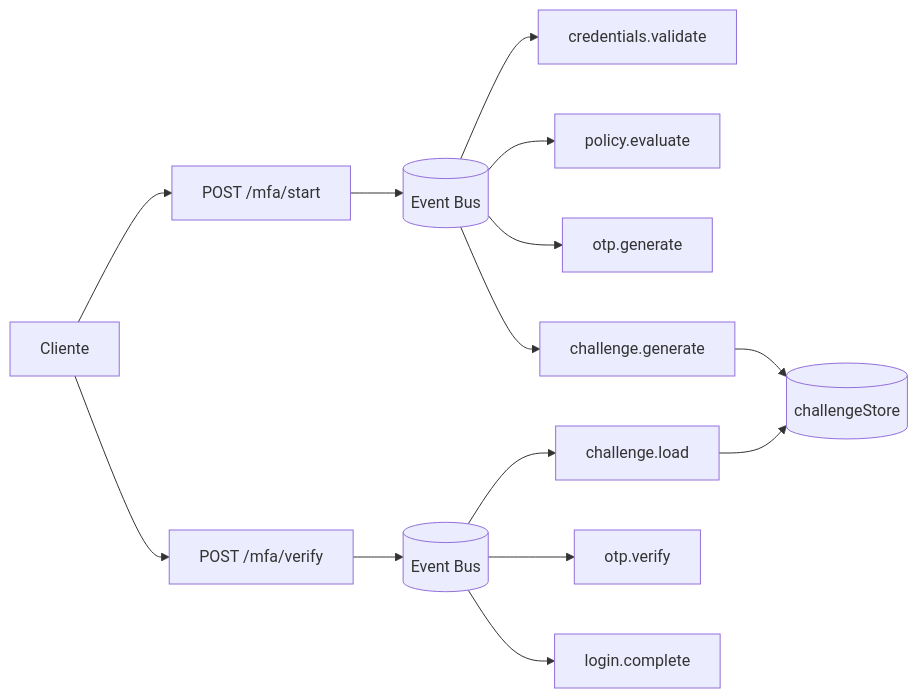
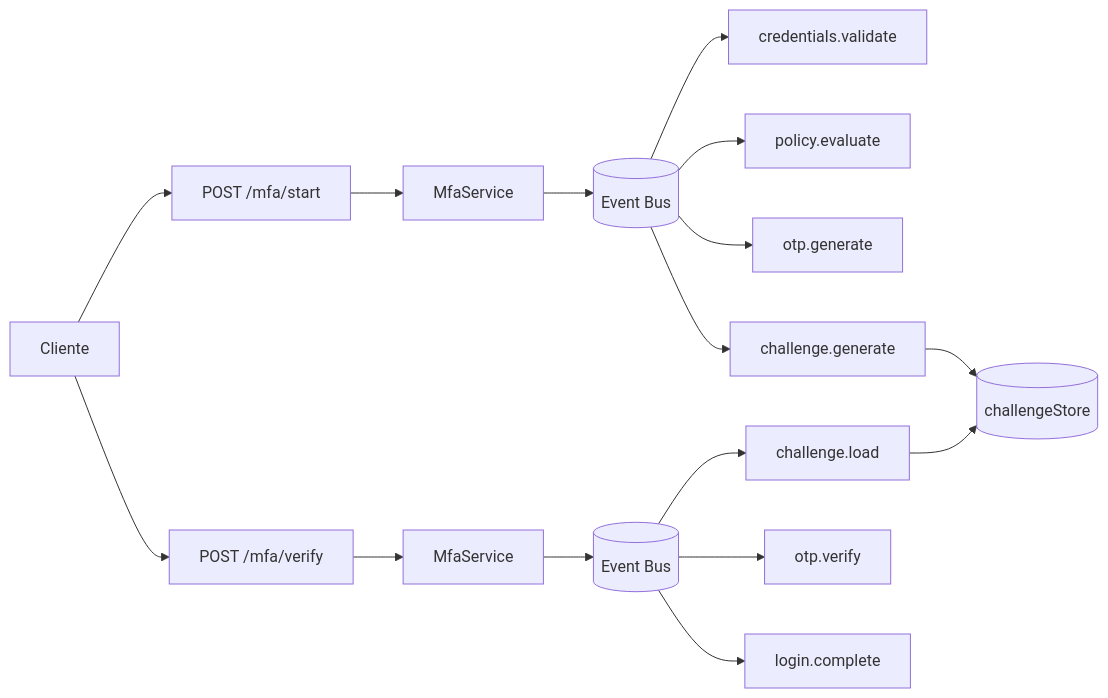
Before and after one commit to teamdroid-trainer/docs-docusaurus-trainer: the eighth of 19 diagrams in content/session-06-event-bus-mfa.md, drawn with Mermaid. The commit also changed other lines of this file and 7 other files, not shown here.

Commit message:
docs: division de kafka en teoria e implementacion con mdx interactivos y diagramas mermaid, resolucion de bugs de docusaurus

````diff
--- a/content/session-06-event-bus-mfa.md
+++ b/content/session-06-event-bus-mfa.md
@@ -225,18 +227,20 @@
 ```mermaid
 flowchart LR
     Client[Cliente] --> Start["POST /mfa/start"]
     Client --> Verify["POST /mfa/verify"]
 
-    Start --> EB1[(Event Bus)]
+    Start --> Svc1[MfaService]
+    Svc1 --> EB1[(Event Bus)]
     EB1 --> S1[credentials.validate]
     EB1 --> S2[policy.evaluate]
     EB1 --> S3[otp.generate]
     EB1 --> S4[challenge.generate]
     S4 --> Store[(challengeStore)]
 
-    Verify --> EB2[(Event Bus)]
+    Verify --> Svc2[MfaService]
+    Svc2 --> EB2[(Event Bus)]
     EB2 --> V1[challenge.load]
     V1 --> Store
     EB2 --> V2[otp.verify]
     EB2 --> V3[login.complete]
 ```
````
